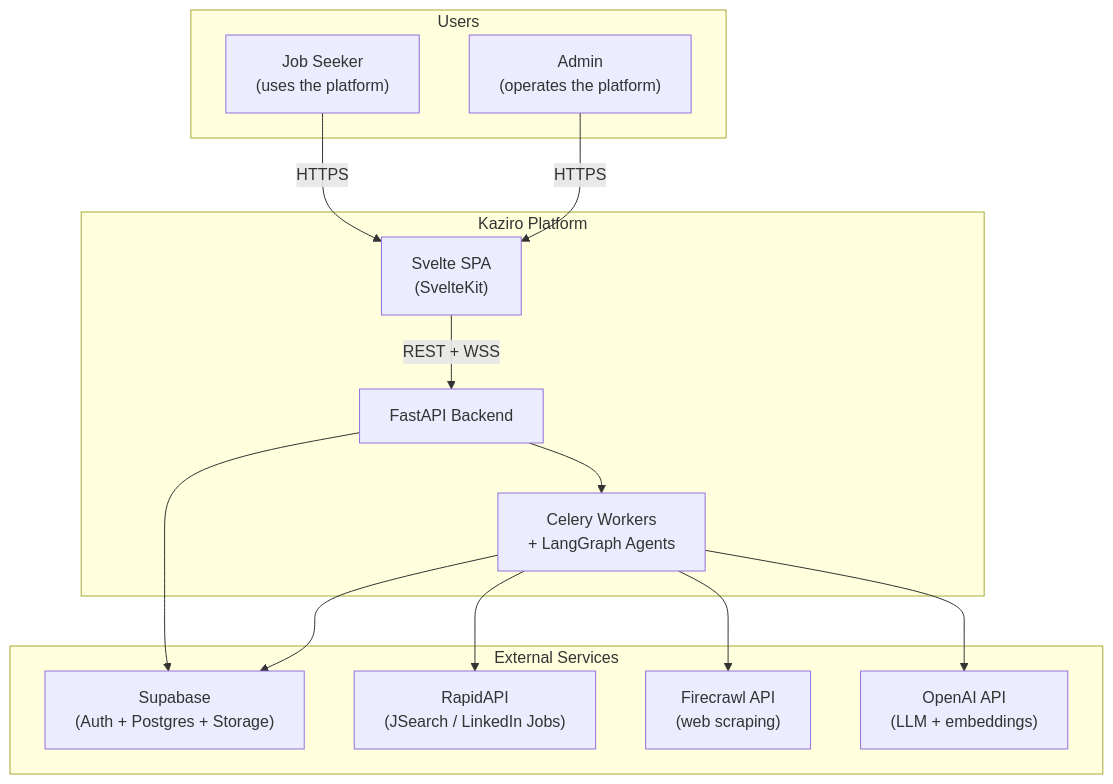
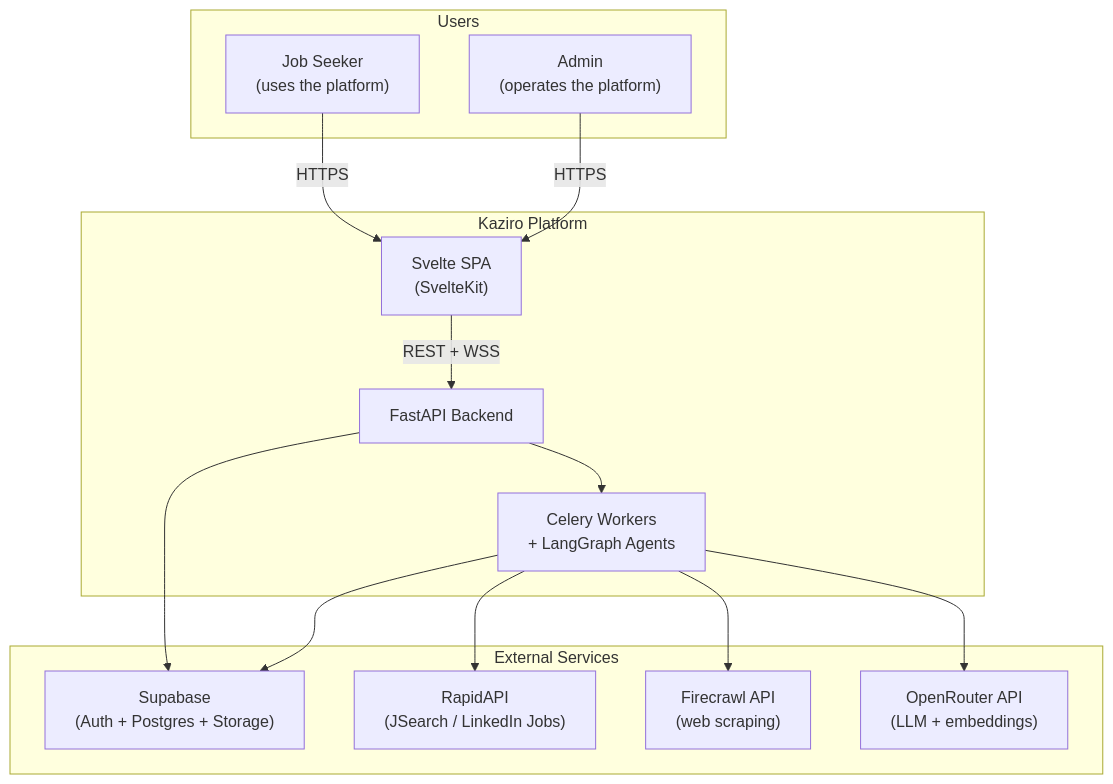
One commit to Gathondu/kaziro changed the diagram in docs/architecture/diagrams/system-context.md. Above: the diagram before and after it, drawn with Mermaid. The commit also changed other lines of this file and 41 other files, not shown here.

First line of the commit message:
Update configuration for OpenRouter integration

````diff
--- a/docs/architecture/diagrams/system-context.md
+++ b/docs/architecture/diagrams/system-context.md
@@ -13,30 +13,30 @@
 ```mermaid
 flowchart TB
   subgraph users [Users]
     user["Job Seeker<br/>(uses the platform)"]
     admin["Admin<br/>(operates the platform)"]
   end
 
   subgraph kaziro [Kaziro Platform]
     fe["Svelte SPA<br/>(SvelteKit)"]
     api["FastAPI Backend"]
     workers["Celery Workers<br/>+ LangGraph Agents"]
   end
 
   subgraph external [External Services]
     supa["Supabase<br/>(Auth + Postgres + Storage)"]
     rapid["RapidAPI<br/>(JSearch / LinkedIn Jobs)"]
     firecrawl["Firecrawl API<br/>(web scraping)"]
-    openai["OpenAI API<br/>(LLM + embeddings)"]
+    openrouter["OpenRouter API<br/>(LLM + embeddings)"]
   end
 
   user -->|HTTPS| fe
   admin -->|HTTPS| fe
   fe -->|REST + WSS| api
   api --> supa
   api --> workers
   workers --> rapid
   workers --> firecrawl
-  workers --> openai
+  workers --> openrouter
   workers --> supa
 ```
````
